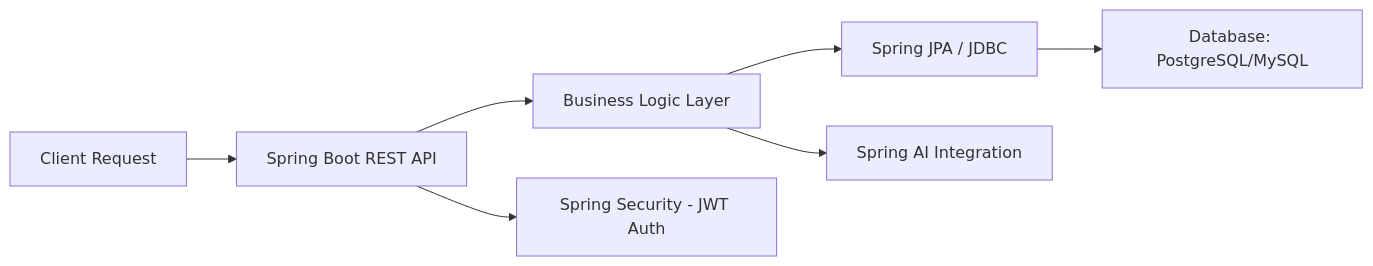
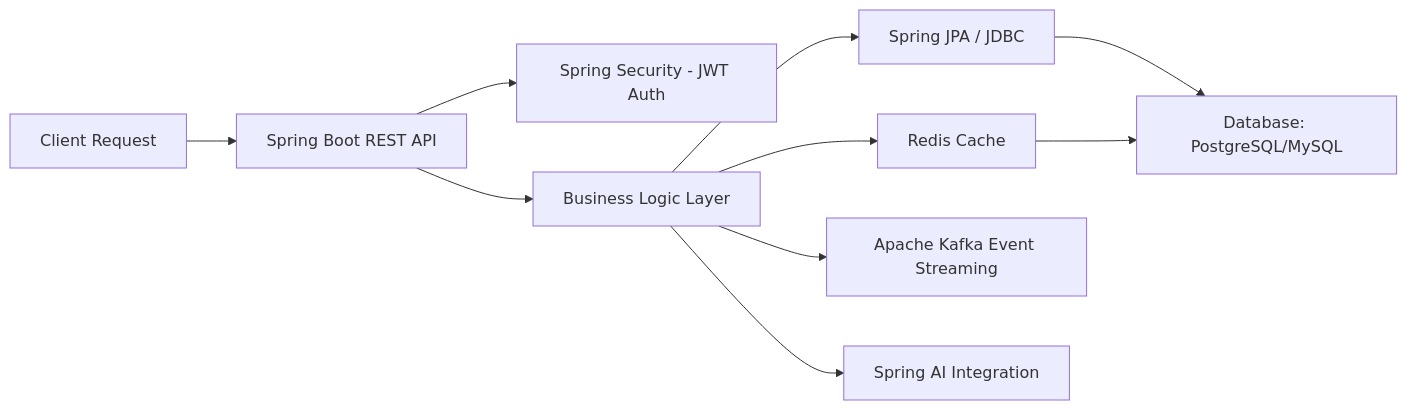
The diagram in README.md (venkataramireddy1999/venkataramireddy1999), drawn with Mermaid before and after one commit.

Commit message:
Update architecture diagram in README
Added Redis Cache and Apache Kafka components to the architecture diagram.

````diff
--- a/README.md
+++ b/README.md
@@ -37,9 +37,18 @@
 ```mermaid
 flowchart LR
 A[Client Request] --> B[Spring Boot REST API]
+
+B --> F[Spring Security - JWT Auth]
+
 B --> C[Business Logic Layer]
+
 C --> D[Spring JPA / JDBC]
 D --> E[Database: PostgreSQL/MySQL]
-B --> F[Spring Security - JWT Auth]
+
+C --> H[Redis Cache]
+H --> E
+
+C --> I[Apache Kafka Event Streaming]
+
 C --> G[Spring AI Integration]
 ```
````
